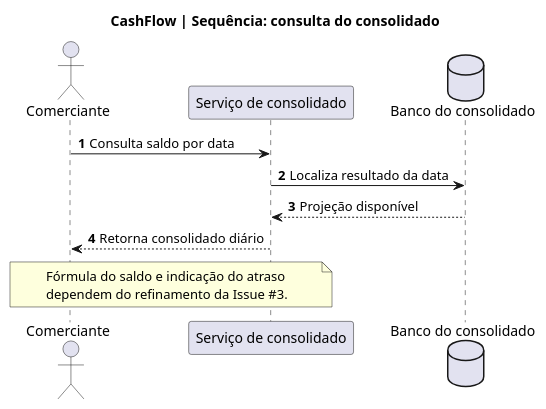
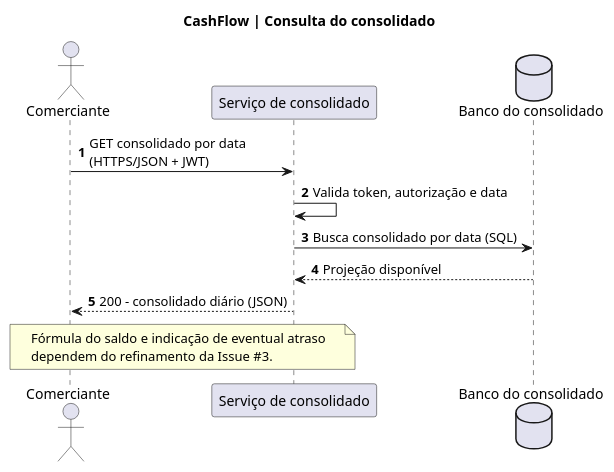
Before and after one commit to wolwerr/CashFlow-Architecture: the diagram in docs/architecture/sequence-query.puml, drawn with PlantUML.

Commit message:
docs(architecture): embed outbox worker and proposed protocols/security/telemetry (#6)

```diff
--- a/docs/architecture/sequence-query.puml
+++ b/docs/architecture/sequence-query.puml
@@ -1,15 +1,16 @@
 @startuml CashFlow_Query
-title CashFlow | Sequência: consulta do consolidado
+title CashFlow | Consulta do consolidado
 autonumber
 actor Comerciante
 participant "Serviço de consolidado" as C
 database "Banco do consolidado" as B
-Comerciante -> C: Consulta saldo por data
-C -> B: Localiza resultado da data
+Comerciante -> C: GET consolidado por data\n(HTTPS/JSON + JWT)
+C -> C: Valida token, autorização e data
+C -> B: Busca consolidado por data (SQL)
 B --> C: Projeção disponível
-C --> Comerciante: Retorna consolidado diário
+C --> Comerciante: 200 - consolidado diário (JSON)
 note over Comerciante,C
-Fórmula do saldo e indicação do atraso
+Fórmula do saldo e indicação de eventual atraso
 dependem do refinamento da Issue #3.
 end note
 @enduml
```
